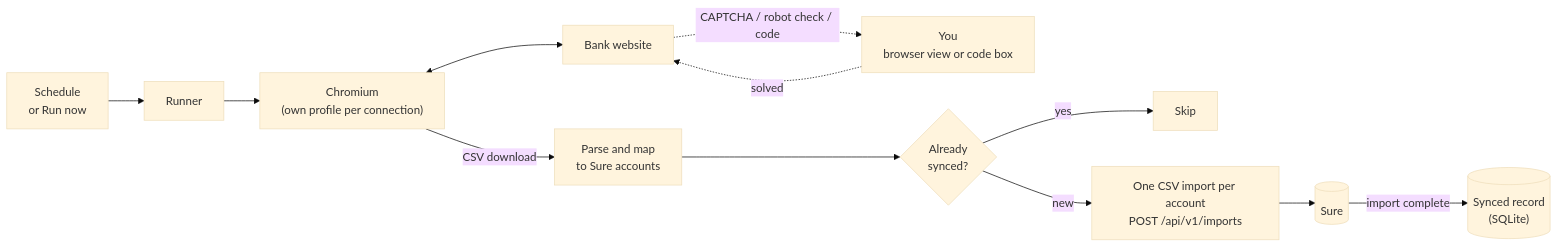
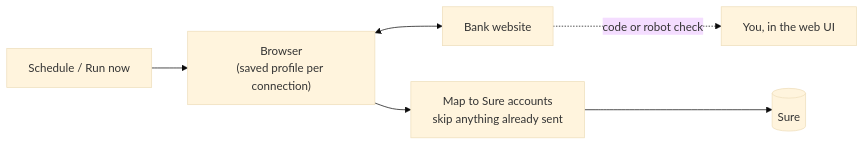
The first of 2 diagrams in README.md (Taaqif/sure-bank-sync), drawn with Mermaid (base theme) before and after one commit. The commit also changed other lines of this file, not shown here.

````diff
--- a/README.md
+++ b/README.md
@@ -18,14 +12,8 @@
 ```mermaid
 flowchart LR
-  T["Schedule<br/>or Run now"] --> R["Runner"]
-  R --> C["Chromium<br/>(own profile per connection)"]
-  C <--> BK["Bank website"]
-  BK -. "CAPTCHA / robot check / code" .-> Y["You<br/>browser view or code box"]
-  Y -. "solved" .-> BK
-  C -- "CSV download" --> P["Parse and map<br/>to Sure accounts"]
-  P --> D{"Already<br/>synced?"}
-  D -- "yes" --> X["Skip"]
-  D -- "new" --> I["One CSV import per account<br/>POST /api/v1/imports"]
-  I --> S[("Sure")]
-  S -- "import complete" --> DB[("Synced record<br/>(SQLite)")]
+  T["Schedule / Run now"] --> C["Browser<br/>(saved profile per connection)"]
+  C <--> B["Bank website"]
+  B -. "code or robot check" .-> Y["You, in the web UI"]
+  C --> P["Map to Sure accounts<br/>skip anything already sent"]
+  P --> S[("Sure")]
 ```
````
